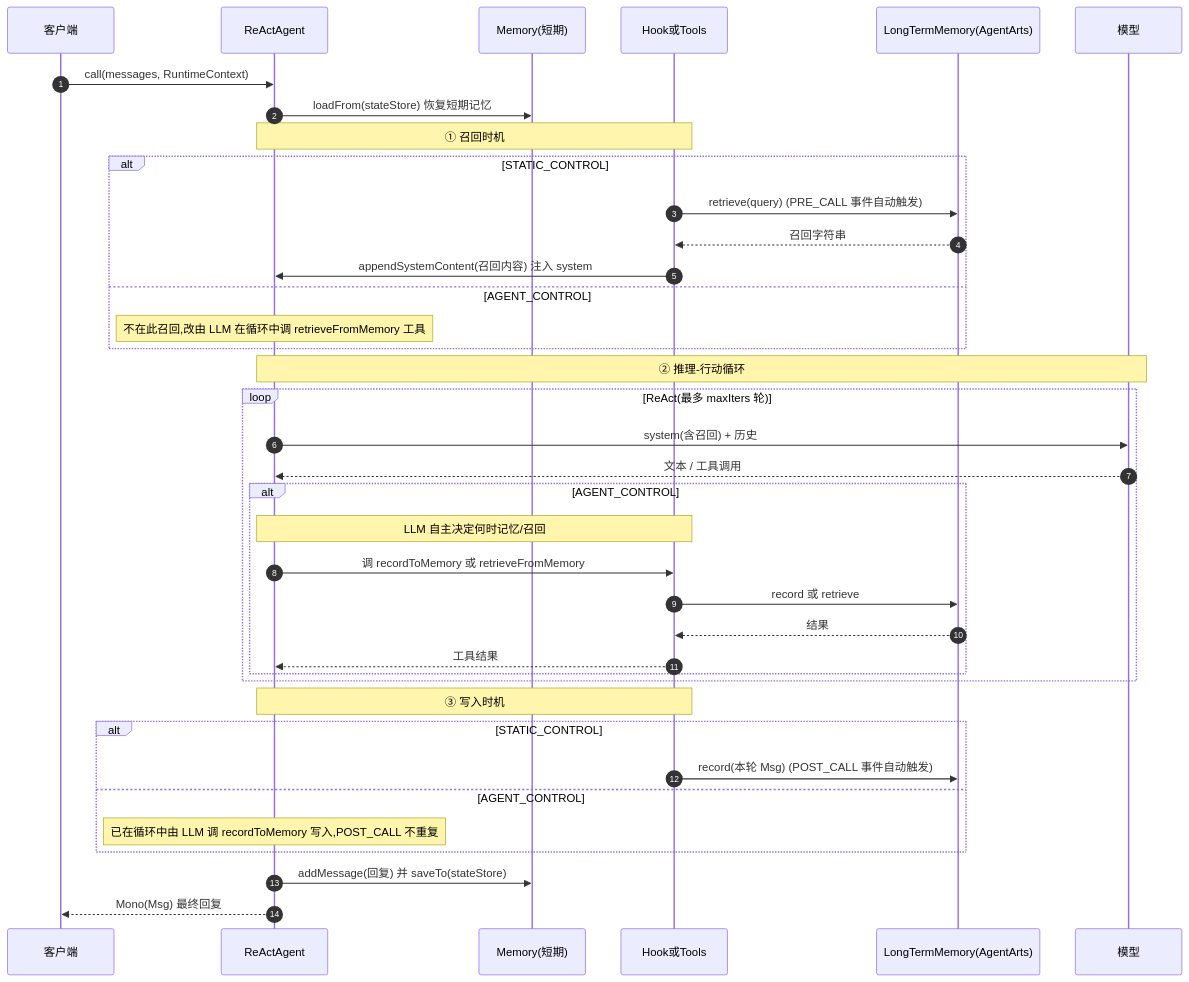
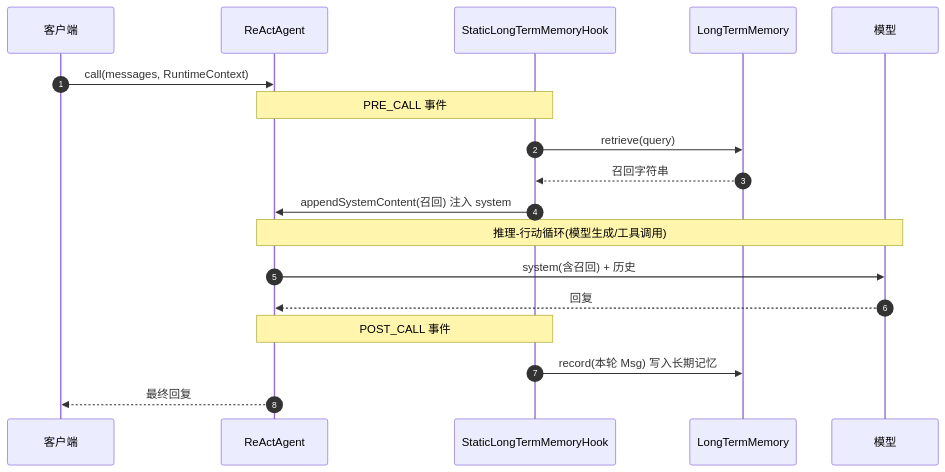
The first of 4 diagrams in docs/cn/sdk_user_guide/agentscope_memory_integration_guide.md (gaotong132/agentarts-sdk-java), drawn with Mermaid before and after one commit. The commit also changed other lines of this file, not shown here.

Commit message:
docs(integration-agentscope): split workflow into STATIC vs AGENT sequence diagrams
2.3 一张 alt/else 混合时序图拆成两张独立图:
STATIC_CONTROL(PRE_CALL retrieve + POST_CALL record, Hook 自动) 和
AGENT_CONTROL(循环内 LLM 调 LongTermMemoryTools). 更直观

````diff
--- a/docs/cn/sdk_user_guide/agentscope_memory_integration_guide.md
+++ b/docs/cn/sdk_user_guide/agentscope_memory_integration_guide.md
@@ -123,45 +127,23 @@
 ```mermaid
 sequenceDiagram
     autonumber
     participant C as 客户端
     participant A as ReActAgent
-    participant M as Memory(短期)
-    participant H as Hook或Tools
-    participant L as LongTermMemory(AgentArts)
+    participant H as StaticLongTermMemoryHook
+    participant L as LongTermMemory
     participant MM as 模型
 
     C->>A: call(messages, RuntimeContext)
-    A->>M: loadFrom(stateStore) 恢复短期记忆
+    Note over A,H: PRE_CALL 事件
+    H->>L: retrieve(query)
+    L-->>H: 召回字符串
+    H->>A: appendSystemContent(召回) 注入 system
 
-    Note over A,H: ① 召回时机
-    alt STATIC_CONTROL
-        H->>L: retrieve(query) (PRE_CALL 事件自动触发)
-        L-->>H: 召回字符串
-        H->>A: appendSystemContent(召回内容) 注入 system
-    else AGENT_CONTROL
-        Note over A: 不在此召回,改由 LLM 在循环中调 retrieveFromMemory 工具
-    end
+    Note over A,MM: 推理-行动循环(模型生成/工具调用)
+    A->>MM: system(含召回) + 历史
+    MM-->>A: 回复
 
-    Note over A,MM: ② 推理-行动循环
-    loop ReAct(最多 maxIters 轮)
-        A->>MM: system(含召回) + 历史
-        MM-->>A: 文本 / 工具调用
-        alt AGENT_CONTROL
-            Note over A,H: LLM 自主决定何时记忆/召回
-            A->>H: 调 recordToMemory 或 retrieveFromMemory
-            H->>L: record 或 retrieve
-            L-->>H: 结果
-            H-->>A: 工具结果
-        end
-    end
-
-    Note over A,H: ③ 写入时机
-    alt STATIC_CONTROL
-        H->>L: record(本轮 Msg) (POST_CALL 事件自动触发)
-    else AGENT_CONTROL
-        Note over A: 已在循环中由 LLM 调 recordToMemory 写入,POST_CALL 不重复
-    end
-
-    A->>M: addMessage(回复) 并 saveTo(stateStore)
-    A-->>C: Mono(Msg) 最终回复
+    Note over A,H: POST_CALL 事件
+    H->>L: record(本轮 Msg) 写入长期记忆
+    A-->>C: 最终回复
 ```
````
